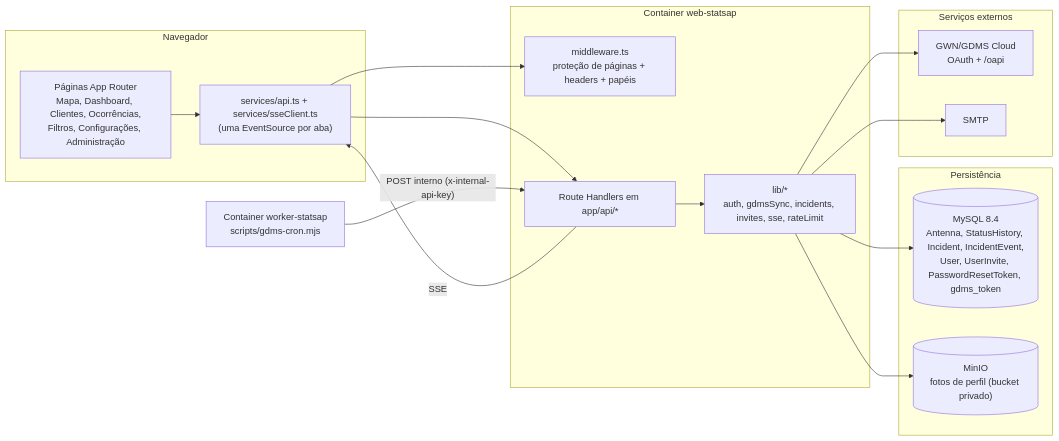
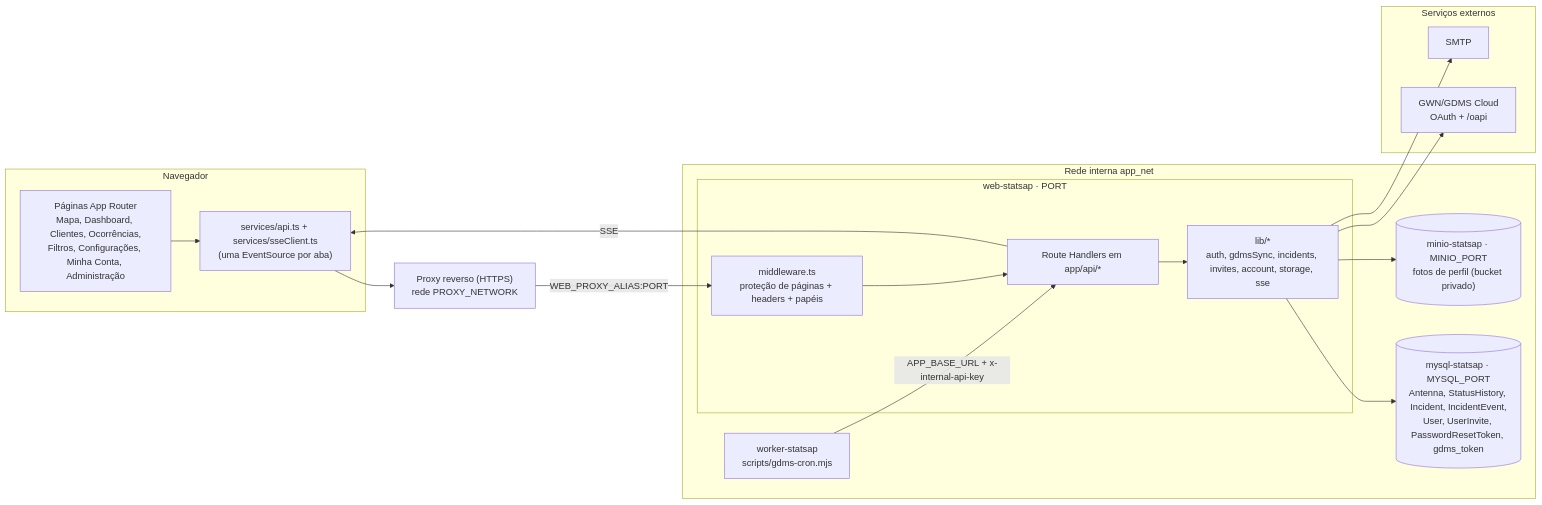
Before and after one commit to jefersonrocha-py/statsAP: the first of 5 diagrams in README.md, drawn with Mermaid. The commit also changed other lines of this file and 3 other files, not shown here.

````diff
--- a/README.md
+++ b/README.md
@@ -101,36 +109,37 @@
 ```mermaid
 flowchart LR
   subgraph Browser["Navegador"]
-    UI["Páginas App Router<br/>Mapa, Dashboard, Clientes, Ocorrências,<br/>Filtros, Configurações, Administração"]
+    UI["Páginas App Router<br/>Mapa, Dashboard, Clientes, Ocorrências,<br/>Filtros, Configurações, Minha Conta, Administração"]
     FE["services/api.ts + services/sseClient.ts<br/>(uma EventSource por aba)"]
   end
 
-  subgraph Web["Container web-statsap"]
-    MW["middleware.ts<br/>proteção de páginas + headers + papéis"]
-    API["Route Handlers em app/api/*"]
-    CORE["lib/*<br/>auth, gdmsSync, incidents, invites, sse, rateLimit"]
-  end
+  Proxy["Proxy reverso (HTTPS)<br/>rede PROXY_NETWORK"]
 
-  subgraph Data["Persistência"]
-    DB[("MySQL 8.4<br/>Antenna, StatusHistory, Incident, IncidentEvent,<br/>User, UserInvite, PasswordResetToken, gdms_token")]
-    S3[("MinIO<br/>fotos de perfil (bucket privado)")]
+  subgraph AppNet["Rede interna app_net"]
+    subgraph Web["web-statsap · PORT"]
+      MW["middleware.ts<br/>proteção de páginas + headers + papéis"]
+      API["Route Handlers em app/api/*"]
+      CORE["lib/*<br/>auth, gdmsSync, incidents, invites, account, storage, sse"]
+    end
+    Worker["worker-statsap<br/>scripts/gdms-cron.mjs"]
+    DB[("mysql-statsap · MYSQL_PORT<br/>Antenna, StatusHistory, Incident, IncidentEvent,<br/>User, UserInvite, PasswordResetToken, gdms_token")]
+    S3[("minio-statsap · MINIO_PORT<br/>fotos de perfil (bucket privado)")]
   end
 
   subgraph External["Serviços externos"]
     GDMS["GWN/GDMS Cloud<br/>OAuth + /oapi"]
     SMTP["SMTP"]
   end
 
-  Worker["Container worker-statsap<br/>scripts/gdms-cron.mjs"]
-
   UI --> FE
-  FE --> MW
-  FE --> API
+  FE --> Proxy
+  Proxy -->|"WEB_PROXY_ALIAS:PORT"| MW
+  MW --> API
   API --> CORE
   CORE --> DB
+  CORE --> S3
   CORE --> GDMS
   CORE --> SMTP
-  CORE --> S3
-  Worker -->|"POST interno (x-internal-api-key)"| API
+  Worker -->|"APP_BASE_URL + x-internal-api-key"| API
   API -->|SSE| FE
 ```
````
